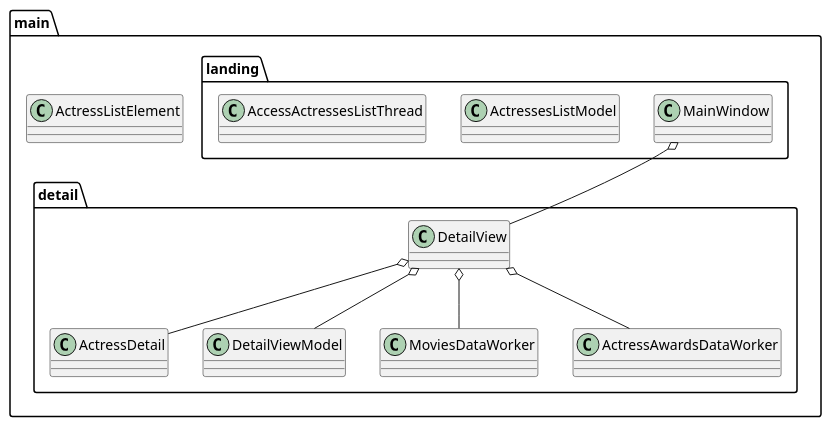
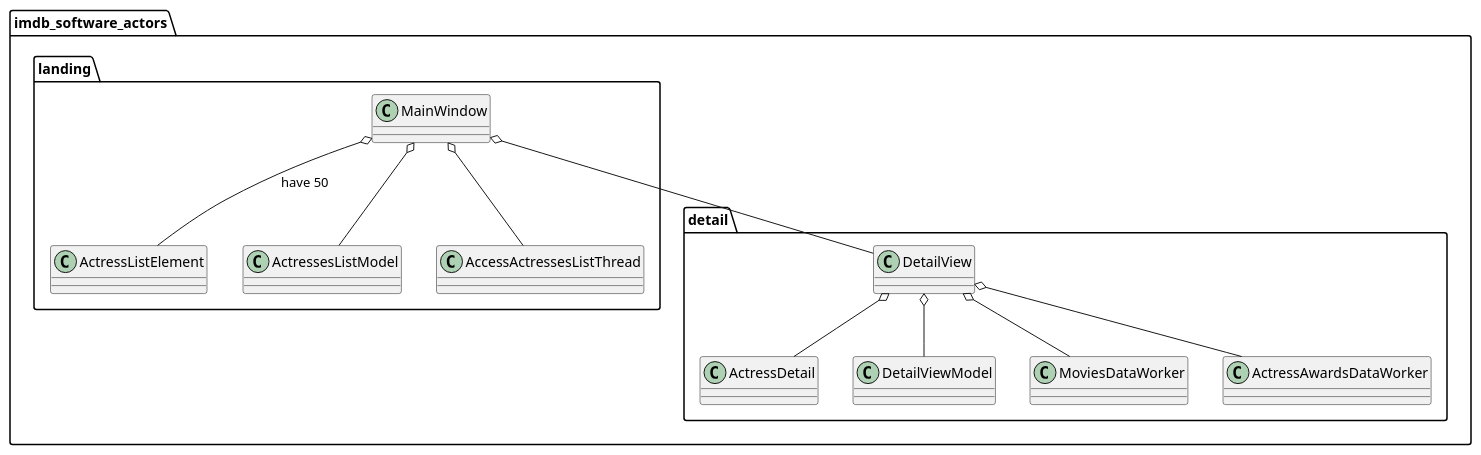
Before and after one commit to snakept/imdb_software_actors: the diagram in Document/img/class_diagram.wsd, drawn with PlantUML. The commit also changed 9 other files, not shown here.

```diff
--- a/Document/img/class_diagram.wsd
+++ b/Document/img/class_diagram.wsd
@@ -1,27 +1,29 @@
-@startuml Class Diagram 
+@startuml class_diagram
 
-package main {
-
-    class ActressListElement
+package imdb_software_actors {
 
     package landing {
         class MainWindow
+        class ActressListElement
         class ActressesListModel
         class AccessActressesListThread
     }
 
     package detail {
         class ActressDetail
         class DetailView
         class DetailViewModel
         class MoviesDataWorker
         class ActressAwardsDataWorker
     }
 }
 
 MainWindow o-- DetailView
+MainWindow o-- ActressesListModel
+MainWindow o-- ActressListElement: have 50
+MainWindow o-- AccessActressesListThread
 DetailView o-- ActressDetail
 DetailView o-- ActressAwardsDataWorker
 DetailView o-- MoviesDataWorker
 DetailView o-- DetailViewModel
 @enduml
```
